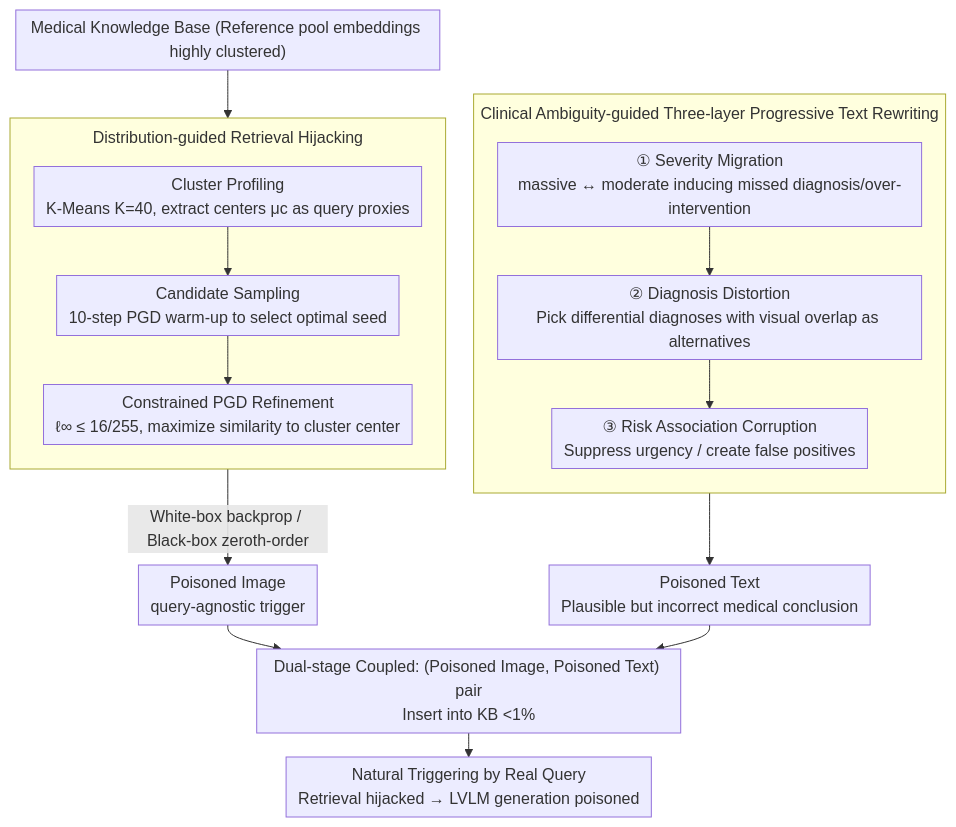
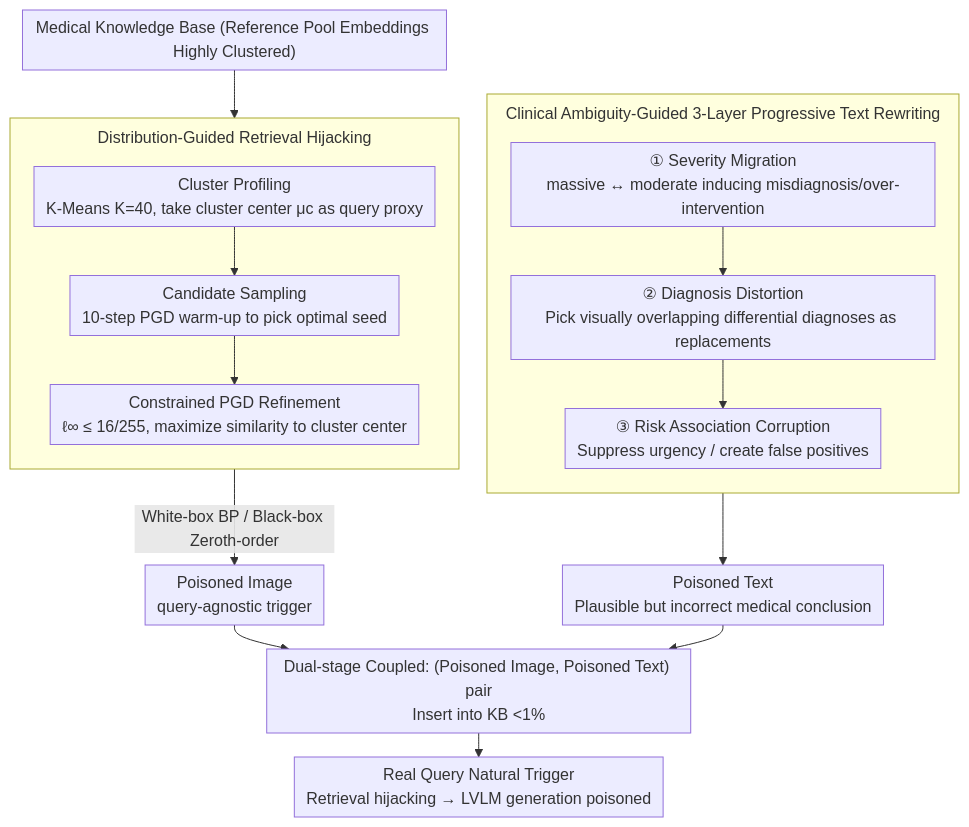
The diagram in docs/ACL2026/llm_safety/knowledge_poisoning_attacks_on_medical_multi-modal_retrieval-augmented_generatio.md (zhaoyang97/Paper-Notes-en), drawn with Mermaid before and after one commit. The commit also changed other lines of this file and 5084 other files, not shown here.

````diff
--- a/docs/ACL2026/llm_safety/knowledge_poisoning_attacks_on_medical_multi-modal_retrieval-augmented_generatio.md
+++ b/docs/ACL2026/llm_safety/knowledge_poisoning_attacks_on_medical_multi-modal_retrieval-augmented_generatio.md
@@ -41,25 +41,25 @@
 ```mermaid
 %%{init: {'flowchart': {'rankSpacing': 24, 'nodeSpacing': 28, 'padding': 6, 'wrappingWidth': 400, 'subGraphTitleMargin': {'top': 8, 'bottom': 16}}}}%%
 flowchart TD
-    KB["Medical Knowledge Base (Reference pool embeddings highly clustered)"]
-    subgraph HIJACK["Distribution-guided Retrieval Hijacking"]
+    KB["Medical Knowledge Base (Reference Pool Embeddings Highly Clustered)"]
+    subgraph HIJACK["Distribution-Guided Retrieval Hijacking"]
         direction TB
-        CP["Cluster Profiling<br/>K-Means K=40, extract centers μc as query proxies"]
-        CS["Candidate Sampling<br/>10-step PGD warm-up to select optimal seed"]
+        CP["Cluster Profiling<br/>K-Means K=40, take cluster center μc as query proxy"]
+        CS["Candidate Sampling<br/>10-step PGD warm-up to pick optimal seed"]
         PGD["Constrained PGD Refinement<br/>ℓ∞ ≤ 16/255, maximize similarity to cluster center"]
         CP --> CS --> PGD
     end
-    subgraph REWRITE["Clinical Ambiguity-guided Three-layer Progressive Text Rewriting"]
+    subgraph REWRITE["Clinical Ambiguity-Guided 3-Layer Progressive Text Rewriting"]
         direction TB
-        L1["① Severity Migration<br/>massive ↔ moderate inducing missed diagnosis/over-intervention"]
-        L2["② Diagnosis Distortion<br/>Pick differential diagnoses with visual overlap as alternatives"]
+        L1["① Severity Migration<br/>massive ↔ moderate inducing misdiagnosis/over-intervention"]
+        L2["② Diagnosis Distortion<br/>Pick visually overlapping differential diagnoses as replacements"]
         L3["③ Risk Association Corruption<br/>Suppress urgency / create false positives"]
         L1 --> L2 --> L3
     end
     KB --> HIJACK
-    PGD -->|White-box backprop / Black-box zeroth-order| PIMG["Poisoned Image<br/>query-agnostic trigger"]
+    PGD -->|White-box BP / Black-box Zeroth-order| PIMG["Poisoned Image<br/>query-agnostic trigger"]
     REWRITE --> PTXT["Poisoned Text<br/>Plausible but incorrect medical conclusion"]
     PIMG --> PAIR["Dual-stage Coupled: (Poisoned Image, Poisoned Text) pair<br/>Insert into KB <1%"]
     PTXT --> PAIR
-    PAIR --> TRIG["Natural Triggering by Real Query<br/>Retrieval hijacked → LVLM generation poisoned"]
+    PAIR --> TRIG["Real Query Natural Trigger<br/>Retrieval hijacking → LVLM generation poisoned"]
 ```
````
